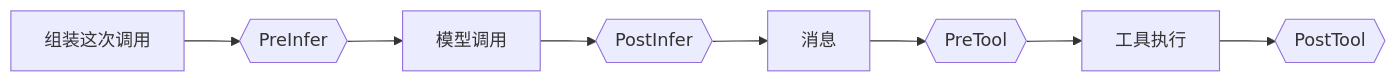
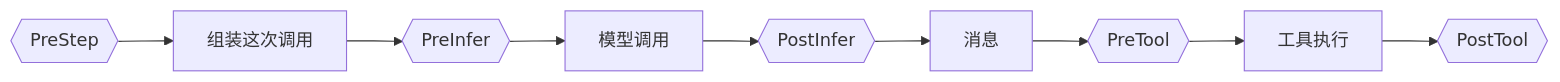
Before and after one commit to genai-io/sdk-go: the fourth of 5 diagrams in docs/agent.zh-CN.md, drawn with Mermaid. The commit also changed other lines of this file and 9 other files, not shown here.

````diff
--- a/docs/agent.zh-CN.md
+++ b/docs/agent.zh-CN.md
@@ -176,10 +176,10 @@
 ```mermaid
 flowchart LR
-    A[组装这次调用] --> B{{PreInfer}}
+    Z{{PreStep}} --> A[组装这次调用] --> B{{PreInfer}}
     B --> C[模型调用]
     C --> D{{PostInfer}}
     D --> E[消息]
     E --> F{{PreTool}}
     F --> G[工具执行]
     G --> H{{PostTool}}
 ```
````
